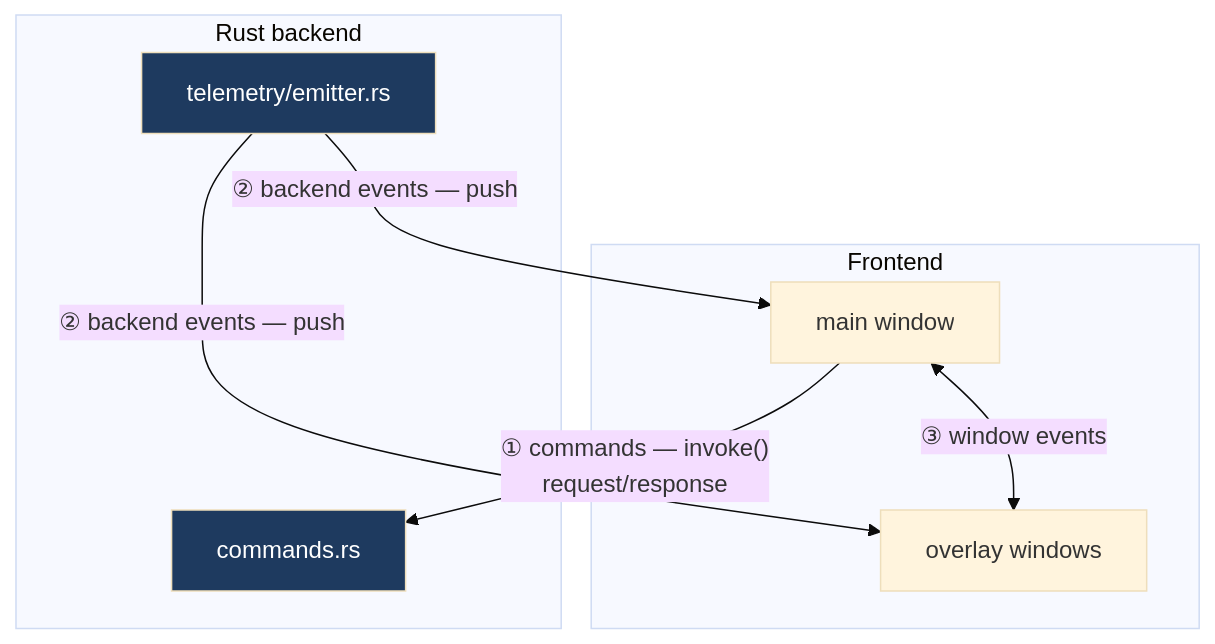
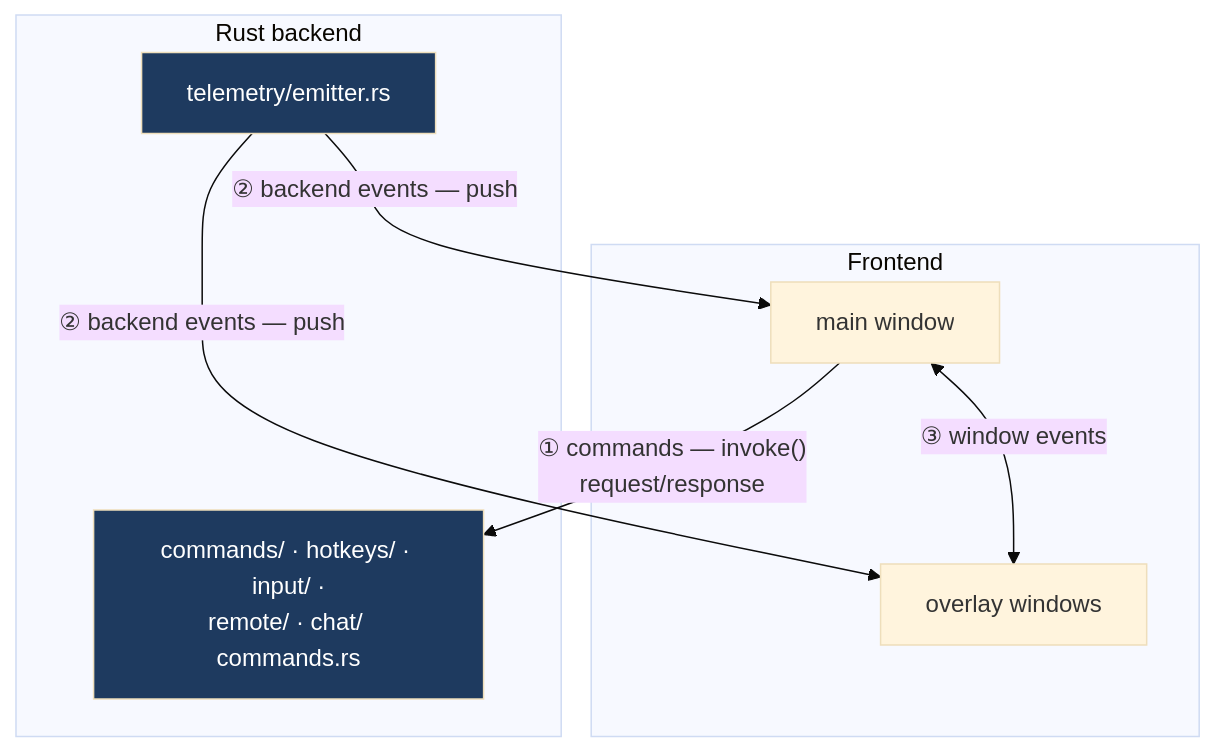
Before and after one commit to mvoof/Marble-Trace: diagram 16 of 22 in docs/architecture.md, drawn with Mermaid (base theme). The commit also changed other lines of this file and 16 other files, not shown here.

````diff
--- a/docs/architecture.md
+++ b/docs/architecture.md
@@ -1384,19 +1449,19 @@
 ```mermaid
 flowchart TB
     subgraph FE["Frontend"]
         M["main window"]
         O["overlay windows"]
     end
     subgraph BE["Rust backend"]
-        CMD["commands.rs"]
+        CMD["commands/ · hotkeys/ · input/ ·<br/>remote/ · chat/ commands.rs"]
         TEL["telemetry/emitter.rs"]
     end
 
     M -->|"① commands — invoke()<br/>request/response"| CMD
     TEL -->|"② backend events — push"| M
     TEL -->|"② backend events — push"| O
     M <-->|"③ window events"| O
 
     style CMD fill:#1e3a5f,color:#fff
     style TEL fill:#1e3a5f,color:#fff
 ```
````
